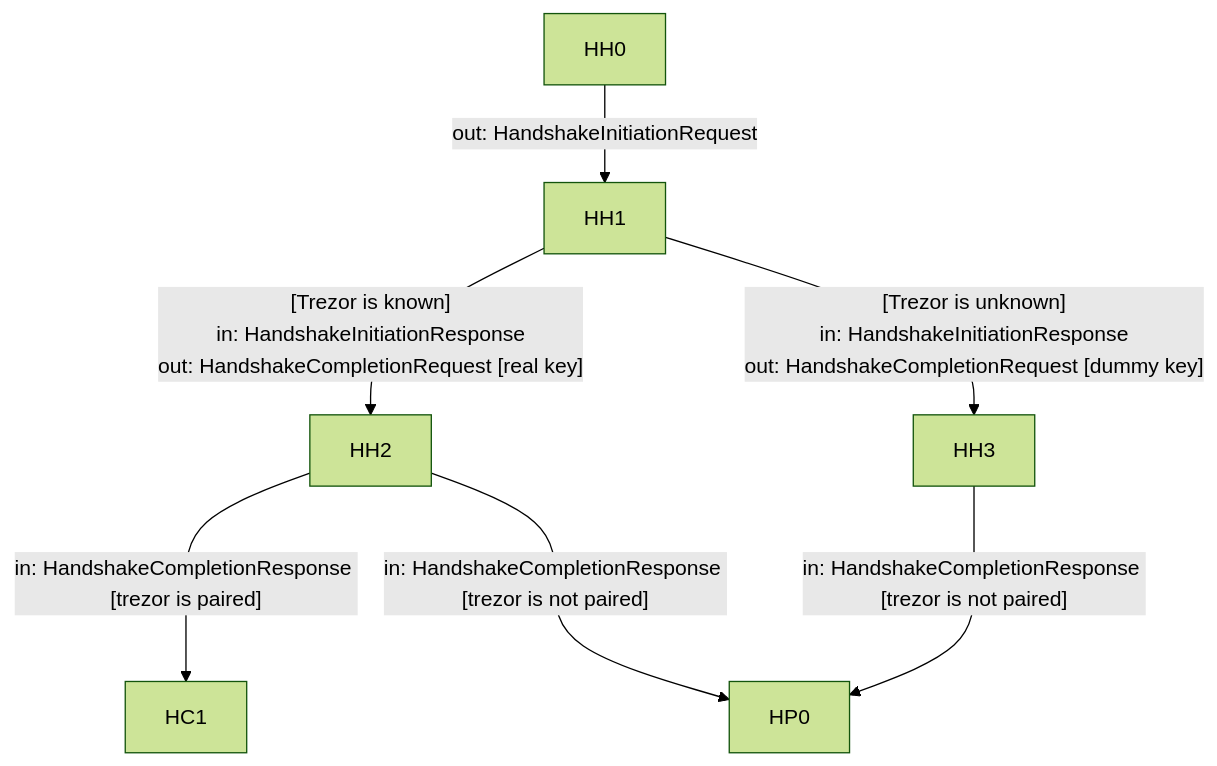
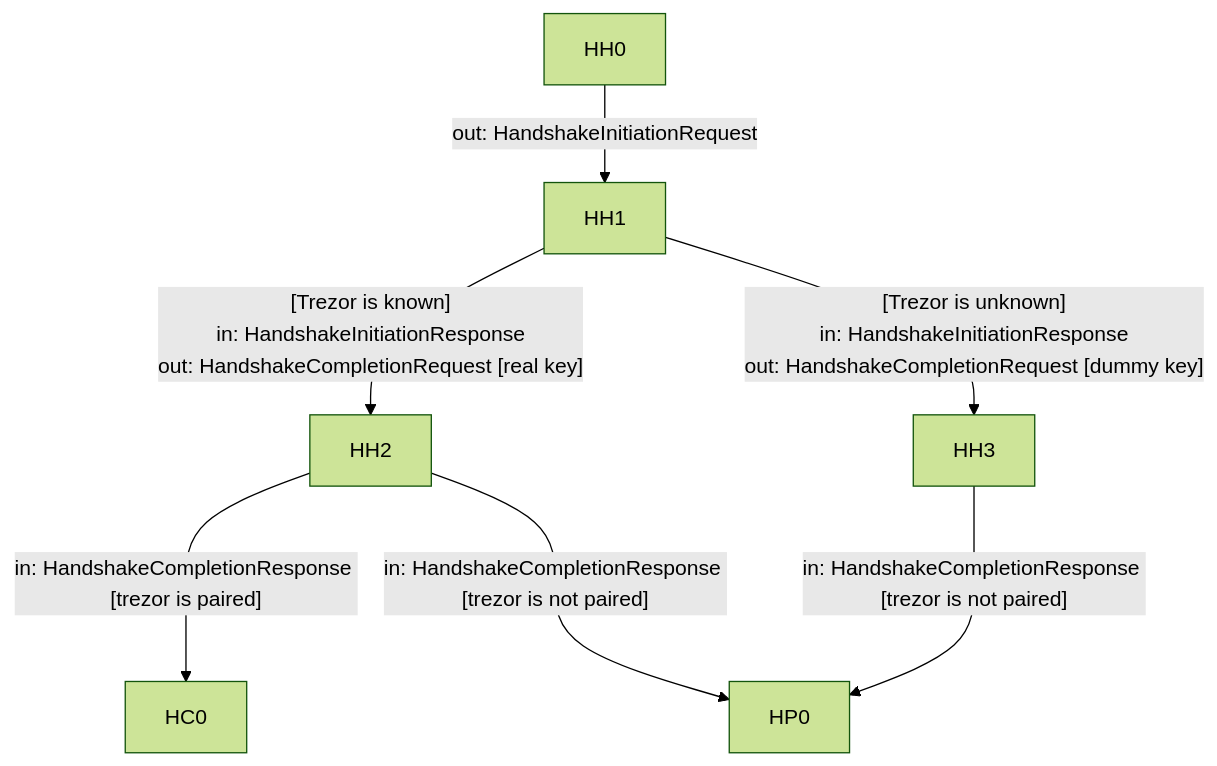
One commit to trezor/trezor-firmware changed the sixth of 16 diagrams in docs/common/thp/specification.md. Above: the diagram before and after it, drawn with Mermaid (forest theme).

Commit message:
fixup! fixup! fixup! fixup! fixup! fixup! fixup! fixup! fixup! fixup! fixup! fixup! fixup! fixup! fixup! fixup! fixup! fixup! fixup! fixup! fixup! fixup! fixup! fixup! fixup! docs: add thp documentation - part 1

````diff
--- a/docs/common/thp/specification.md
+++ b/docs/common/thp/specification.md
@@ -643,9 +643,9 @@
 ```mermaid
 flowchart TD
     HH0 -- out:&nbsp;HandshakeInitiationRequest --> HH1
     HH1 -- [Trezor&nbsp;is&nbsp;known]<br>in:&nbsp;HandshakeInitiationResponse<br>out:&nbsp;HandshakeCompletionRequest&nbsp;[real&nbsp;key] --> HH2
     HH1 -- [Trezor&nbsp;is&nbsp;unknown]<br>in:&nbsp;HandshakeInitiationResponse<br>out:&nbsp;HandshakeCompletionRequest&nbsp;[dummy&nbsp;key] --> HH3
     HH3 -- in:&nbsp;HandshakeCompletionResponse [trezor&nbsp;is&nbsp;not&nbsp;paired] ---> HP0
-    HH2 -- in:&nbsp;HandshakeCompletionResponse [trezor&nbsp;is&nbsp;paired] ---> HC1
+    HH2 -- in:&nbsp;HandshakeCompletionResponse [trezor&nbsp;is&nbsp;paired] ---> HC0
     HH2 -- in:&nbsp;HandshakeCompletionResponse [trezor&nbsp;is&nbsp;not&nbsp;paired] ---> HP0
 ```
````
